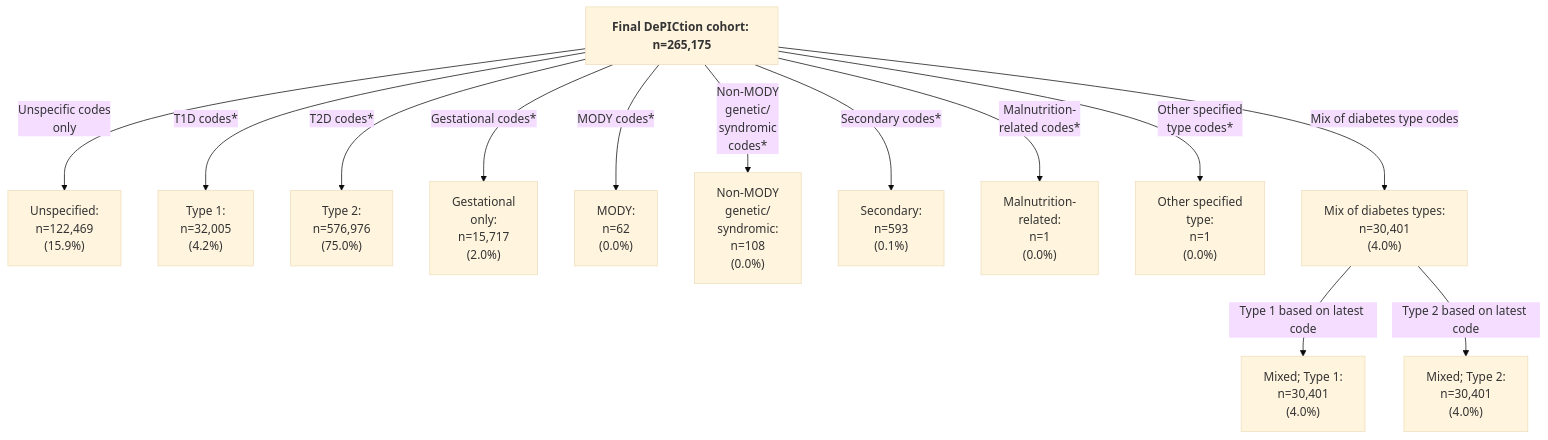
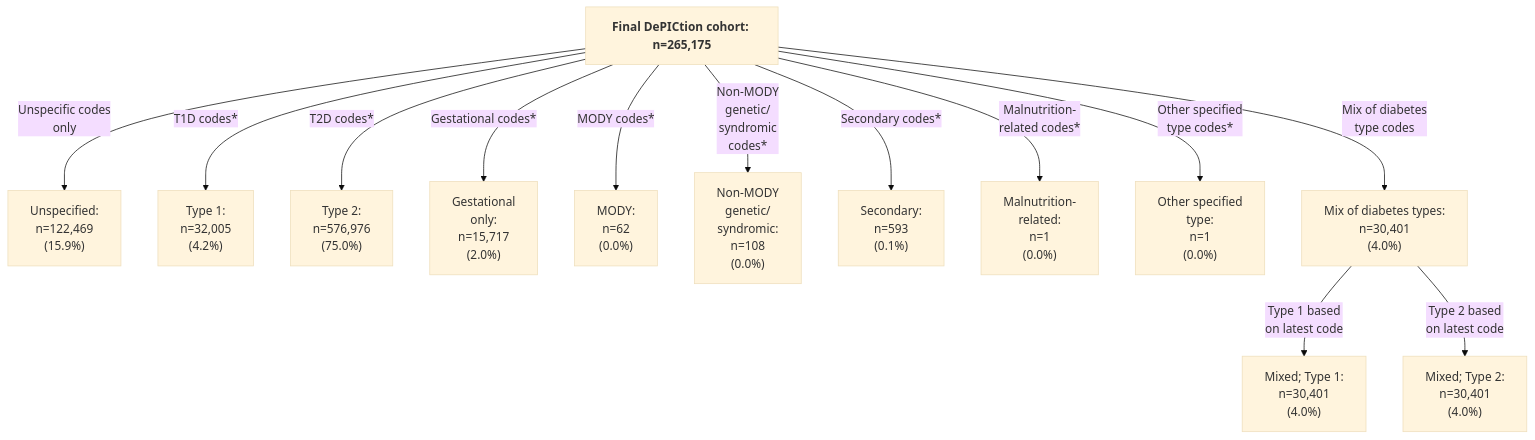
Before and after one commit to Exeter-Diabetes/CPRD-Katie-DePICtion-Scripts: the second of 2 diagrams in README.md, drawn with Mermaid (base theme).

````diff
--- a/README.md
+++ b/README.md
@@ -51,15 +51,15 @@
 ```mermaid
 graph TD;
-    G["<b>Final DePICtion cohort:<b> n=265,175"] --> |"Unspecific codes <br>only"| H["Unspecified: <br>n=122,469 <br>(15.9%)"]
+    G["<b>Final DePICtion cohort:<b> n=265,175"] --> |"Unspecific codes<br>only"| H["Unspecified: <br>n=122,469 <br>(15.9%)"]
     G --> |"T1D codes*"| I["Type 1: <br>n=32,005 <br>(4.2%)"]
     G --> |"T2D codes*"| J["Type 2: <br>n=576,976 <br>(75.0%)"]
     G --> |"Gestational codes*"| K["Gestational <br>only: <br>n=15,717 <br>(2.0%)"]
     G --> |"MODY codes*"| L["MODY: <br>n=62 <br>(0.0%)"]
     G --> |"Non-MODY <br>genetic/<br>syndromic <br>codes*"| M["Non-MODY <br>genetic/<br>syndromic: <br>n=108 <br>(0.0%)"]
     G --> |"Secondary codes*"| N["Secondary: <br>n=593 <br>(0.1%)"]
     G --> |"Malnutrition-<br>related codes*"| O["Malnutrition-<br>related: <br>n=1 <br>(0.0%)"]
     G --> |"Other specified<br>type codes*"| P["Other specified<br>type: <br>n=1 <br>(0.0%)"]  
-    G --> |"Mix of diabetes type codes"| Q["Mix of diabetes types: <br>n=30,401 <br>(4.0%)"]
-    Q --> |"Type 1 based on latest code"| R["Mixed; Type 1: <br>n=30,401 <br>(4.0%)"]
-    Q --> |"Type 2 based on latest code"| S["Mixed; Type 2: <br>n=30,401 <br>(4.0%)"]
+    G --> |"Mix of diabetes<br>type codes"| Q["Mix of diabetes types: <br>n=30,401 <br>(4.0%)"]
+    Q --> |"Type 1 based<br>on latest code"| R["Mixed; Type 1: <br>n=30,401 <br>(4.0%)"]
+    Q --> |"Type 2 based<br>on latest code"| S["Mixed; Type 2: <br>n=30,401 <br>(4.0%)"]
 ```
````
